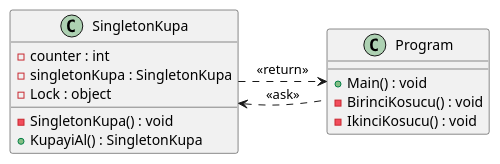
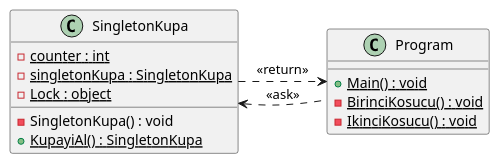
Before and after one commit to alperclk/Software-Design-Pattern: the diagram in SingletonVeFactory/ThreadSafeSingleton_Pattern/SafeSingleton.adoc, drawn with PlantUML. The commit also changed 2 other files, not shown here.

```diff
--- a/SingletonVeFactory/ThreadSafeSingleton_Pattern/SafeSingleton.adoc
+++ b/SingletonVeFactory/ThreadSafeSingleton_Pattern/SafeSingleton.adoc
@@ -3,21 +3,21 @@
 [plantuml,ThreadSafeSingleton,png]
 ----
 class SingletonKupa
 {
-- counter : int
+- {static}counter : int
 - SingletonKupa() : void
-- singletonKupa : SingletonKupa
-- Lock : object
-+ KupayiAl() : SingletonKupa 
+- {static}singletonKupa : SingletonKupa
+- {static}Lock : object
++ {static}KupayiAl() : SingletonKupa 
 }
 
 class Program
 {
-+Main() : void
--BirinciKosucu() : void
--IkinciKosucu() : void
++{static}Main() : void
+-{static}BirinciKosucu() : void
+-{static}IkinciKosucu() : void
 }
 
 SingletonKupa .> Program :<<return>>
 Program .up> SingletonKupa :<<ask>>
 ----
```
